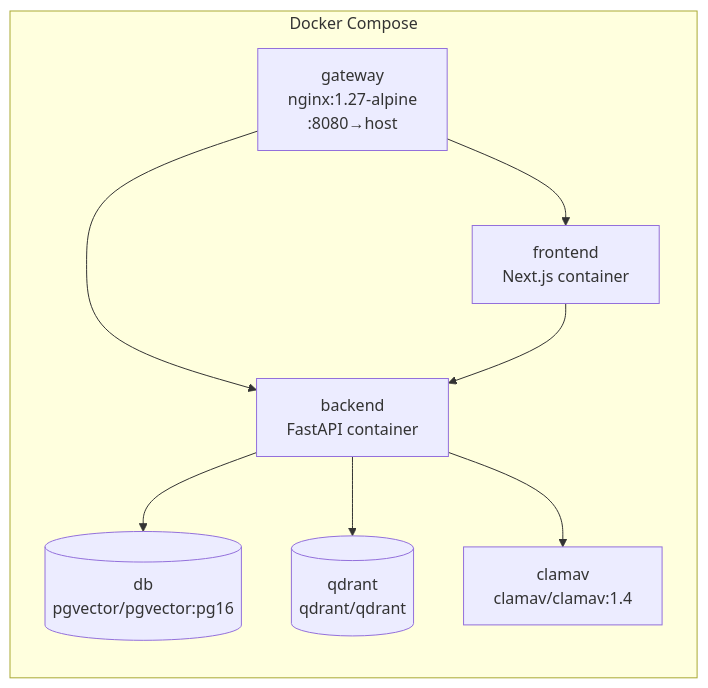
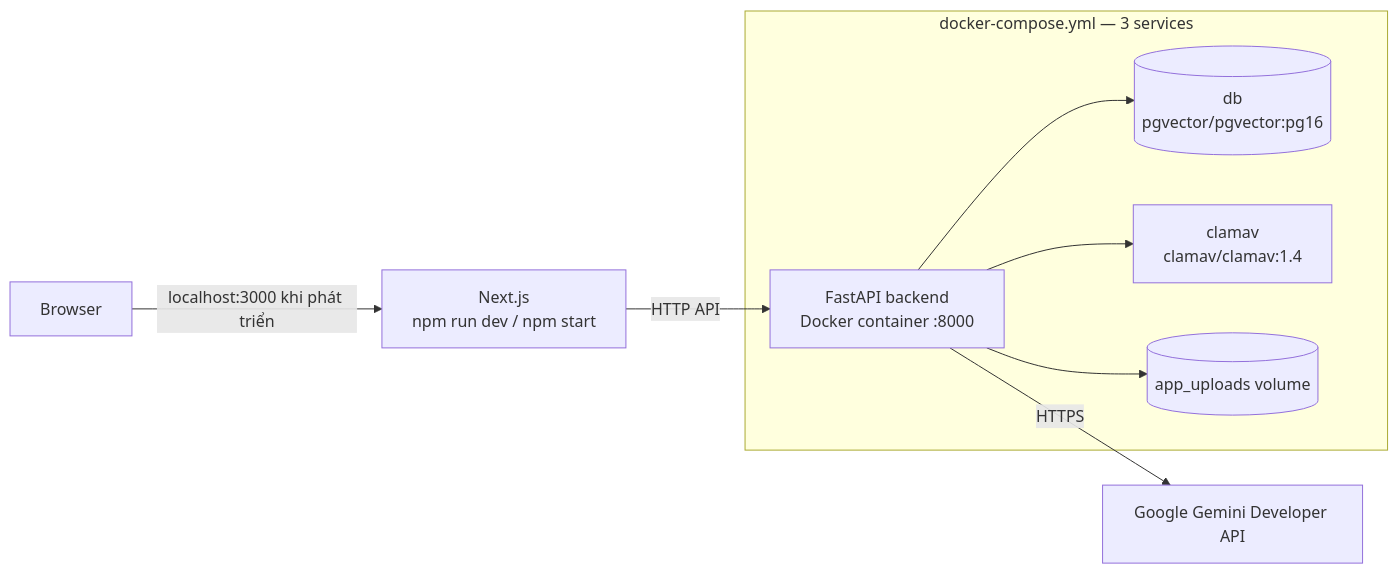
Before and after one commit to truonghuu344/P041-Version-2.0: the third of 3 diagrams in ARCHITECTURE.md, drawn with Mermaid. The commit also changed other lines of this file and 9 other files, not shown here.

````diff
--- a/ARCHITECTURE.md
+++ b/ARCHITECTURE.md
@@ -115,17 +168,13 @@
 ```mermaid
-graph LR
-    subgraph Docker Compose
-        GW[gateway<br/>nginx:1.27-alpine<br/>:8080→host]
-        FE[frontend<br/>Next.js container]
-        BE[backend<br/>FastAPI container]
-        DBC[(db<br/>pgvector/pgvector:pg16)]
-        QD[(qdrant<br/>qdrant/qdrant)]
-        CAV[clamav<br/>clamav/clamav:1.4]
+flowchart LR
+    Browser["Browser"] -->|"localhost:3000 khi phát triển"| FE["Next.js\nnpm run dev / npm start"]
+    FE -->|"HTTP API"| BE["FastAPI backend\nDocker container :8000"]
+
+    subgraph Compose["docker-compose.yml — 3 services"]
+        BE --> DB[("db\npgvector/pgvector:pg16")]
+        BE --> AV["clamav\nclamav/clamav:1.4"]
+        BE --> Vol[("app_uploads volume")]
     end
-    GW --> FE
-    GW --> BE
-    FE --> BE
-    BE --> DBC
-    BE --> QD
-    BE --> CAV
+
+    BE -->|"HTTPS"| Gemini["Google Gemini Developer API"]
 ```
````
